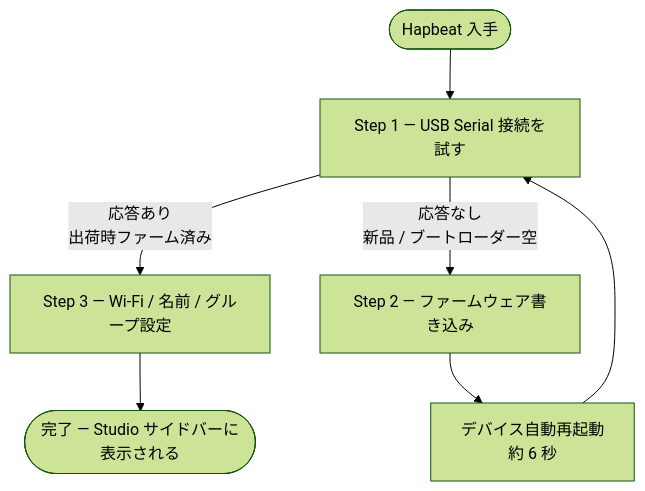
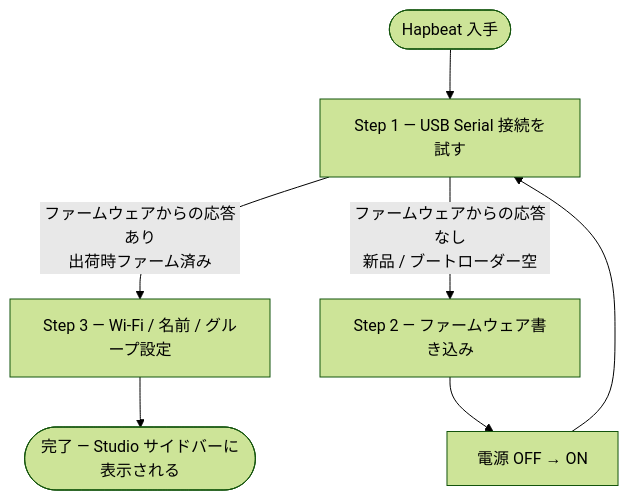
One commit to hapbeat/hapbeat-studio changed the diagram in docs/initial-setup.md. Above: the diagram before and after it, drawn with Mermaid (forest theme). The commit also changed other lines of this file, not shown here.

Commit message:
initial-setup: 再起動→電源OFF/ON に修正、応答あり/なしの表現を明確化

````diff
--- a/docs/initial-setup.md
+++ b/docs/initial-setup.md
@@ -22,15 +22,15 @@
 ```mermaid
 flowchart TD
     A([Hapbeat 入手]) --> B
 
     B["Step 1 — USB Serial 接続を試す"]
-    B -->|応答あり\n出荷時ファーム済み| D
-    B -->|応答なし\n新品 / ブートローダー空| C
+    B -->|ファームウェアからの応答あり\n出荷時ファーム済み| D
+    B -->|ファームウェアからの応答なし\n新品 / ブートローダー空| C
 
     C["Step 2 — ファームウェア書き込み"]
-    C --> E["デバイス自動再起動\n約 6 秒"]
+    C --> E["電源 OFF → ON"]
     E --> B
 
     D["Step 3 — Wi-Fi / 名前 / グループ設定"]
     D --> F([完了 — Studio サイドバーに表示される])
 ```
````
